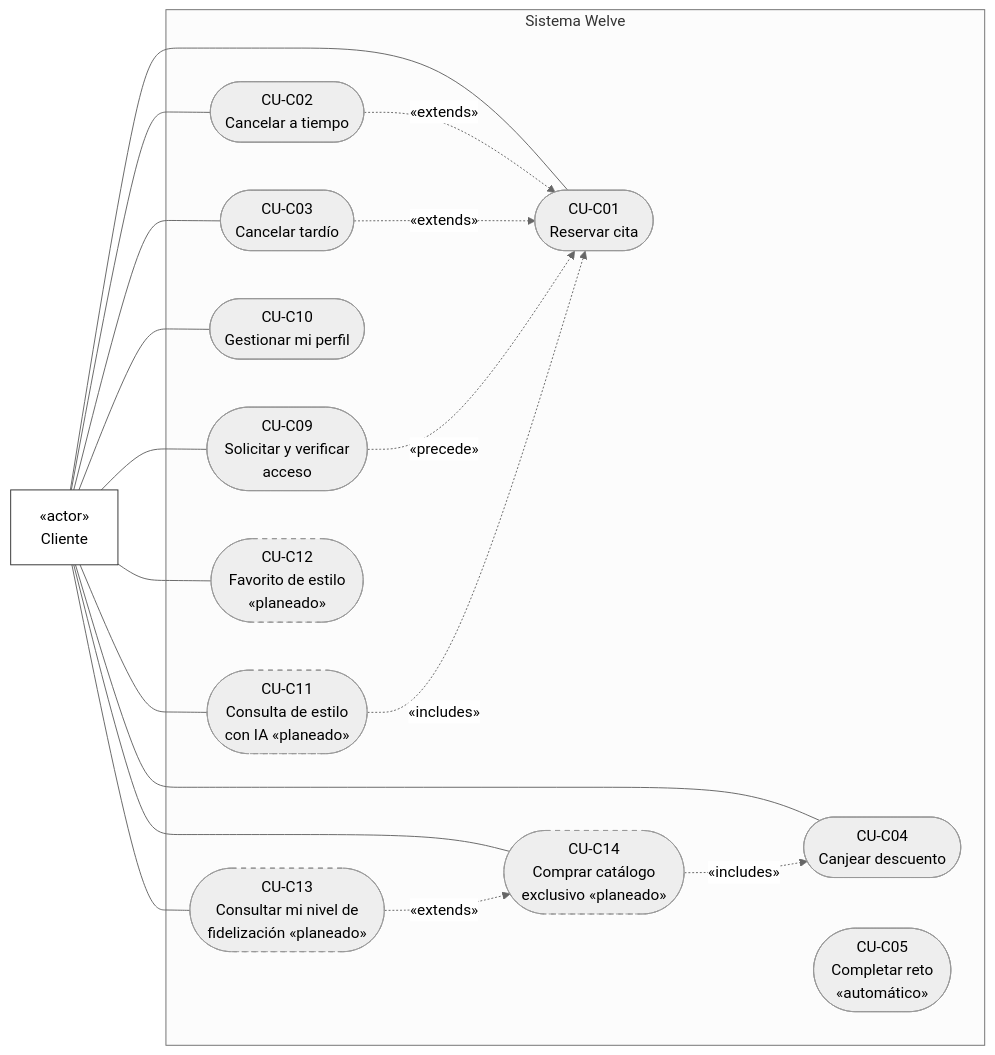
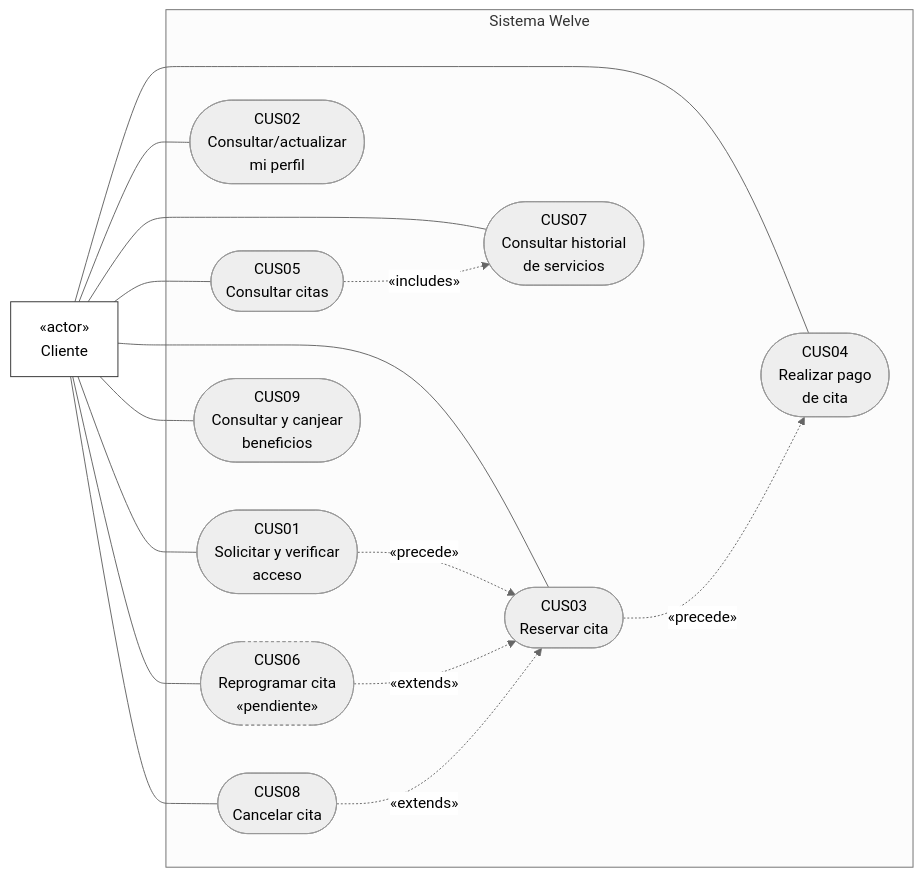
Before and after one commit to Alezzandromv/welve: the first of 4 diagrams in docs/tesis/02_CASOS_DE_USO_UML.md, drawn with Mermaid (neutral theme). The commit also changed other lines of this file and 12 other files, not shown here.

````diff
--- a/docs/tesis/02_CASOS_DE_USO_UML.md
+++ b/docs/tesis/02_CASOS_DE_USO_UML.md
@@ -43,41 +31,37 @@
 ```mermaid
 flowchart LR
     Cliente["«actor»<br/>Cliente"]
 
     subgraph SistemaC["Sistema Welve"]
-        CUC01(["CU-C01<br/>Reservar cita"])
-        CUC02(["CU-C02<br/>Cancelar a tiempo"])
-        CUC03(["CU-C03<br/>Cancelar tardío"])
-        CUC04(["CU-C04<br/>Canjear descuento"])
-        CUC05(["CU-C05<br/>Completar reto<br/>«automático»"])
-        CUC09(["CU-C09<br/>Solicitar y verificar<br/>acceso"])
-        CUC10(["CU-C10<br/>Gestionar mi perfil"])
-        CUC11(["CU-C11<br/>Consulta de estilo<br/>con IA «planeado»"])
-        CUC12(["CU-C12<br/>Favorito de estilo<br/>«planeado»"])
-        CUC13(["CU-C13<br/>Consultar mi nivel de<br/>fidelización «planeado»"])
-        CUC14(["CU-C14<br/>Comprar catálogo<br/>exclusivo «planeado»"])
+        CUS01(["CUS01<br/>Solicitar y verificar<br/>acceso"])
+        CUS02(["CUS02<br/>Consultar/actualizar<br/>mi perfil"])
+        CUS03(["CUS03<br/>Reservar cita"])
+        CUS04(["CUS04<br/>Realizar pago<br/>de cita"])
+        CUS05(["CUS05<br/>Consultar citas"])
+        CUS06(["CUS06<br/>Reprogramar cita<br/>«pendiente»"])
+        CUS07(["CUS07<br/>Consultar historial<br/>de servicios"])
+        CUS08(["CUS08<br/>Cancelar cita"])
+        CUS09(["CUS09<br/>Consultar y canjear<br/>beneficios"])
     end
 
-    Cliente --- CUC01
-    Cliente --- CUC02
-    Cliente --- CUC03
-    Cliente --- CUC04
-    Cliente --- CUC09
-    Cliente --- CUC10
-    Cliente --- CUC11
-    Cliente --- CUC12
-    Cliente --- CUC13
-    Cliente --- CUC14
+    Cliente --- CUS01
+    Cliente --- CUS02
+    Cliente --- CUS03
+    Cliente --- CUS04
+    Cliente --- CUS05
+    Cliente --- CUS06
+    Cliente --- CUS07
+    Cliente --- CUS08
+    Cliente --- CUS09
 
-    CUC02 -. "«extends»" .-> CUC01
-    CUC03 -. "«extends»" .-> CUC01
-    CUC09 -. "«precede»" .-> CUC01
-    CUC11 -. "«includes»" .-> CUC01
-    CUC14 -. "«includes»" .-> CUC04
-    CUC13 -. "«extends»" .-> CUC14
+    CUS01 -. "«precede»" .-> CUS03
+    CUS03 -. "«precede»" .-> CUS04
+    CUS06 -. "«extends»" .-> CUS03
+    CUS08 -. "«extends»" .-> CUS03
+    CUS05 -. "«includes»" .-> CUS07
 
     classDef actor fill:#fff,stroke:#333,stroke-width:1px
-    classDef planeado stroke-dasharray: 5 5
+    classDef pendiente stroke-dasharray: 3 3
     class Cliente actor
-    class CUC11,CUC12,CUC13,CUC14 planeado
+    class CUS06 pendiente
 ```
````
